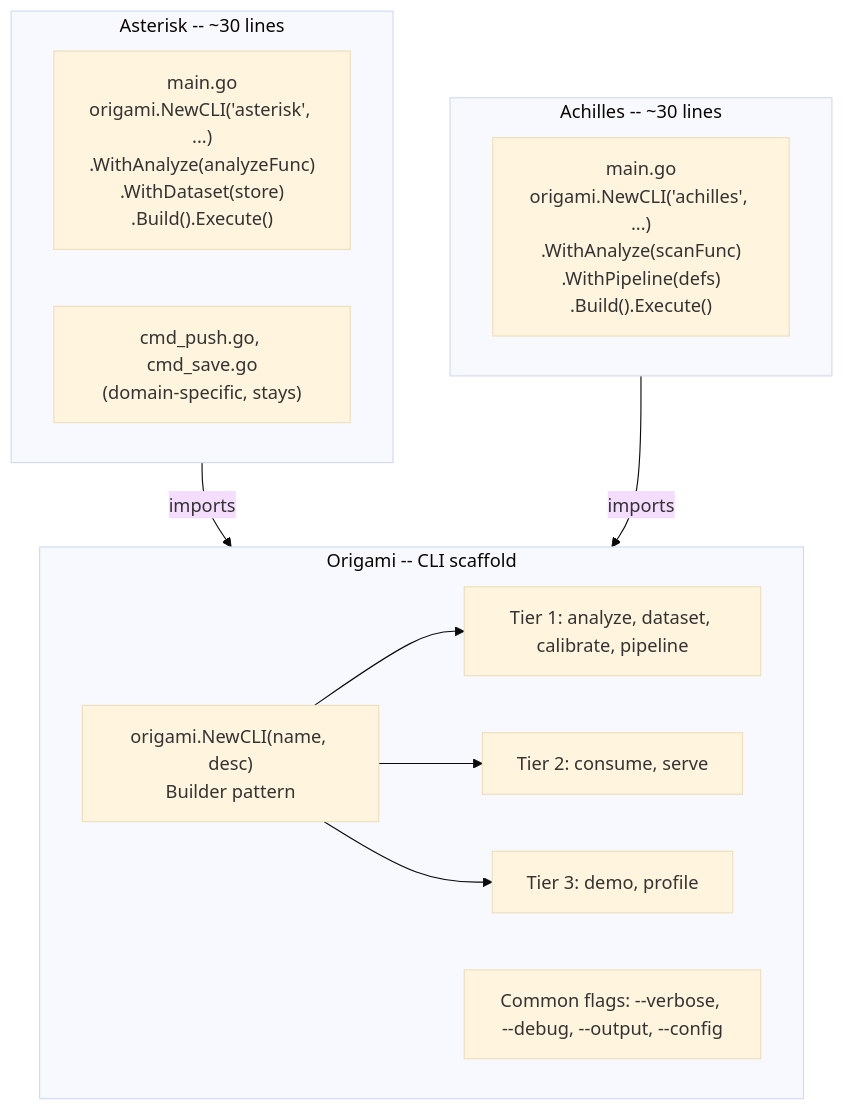
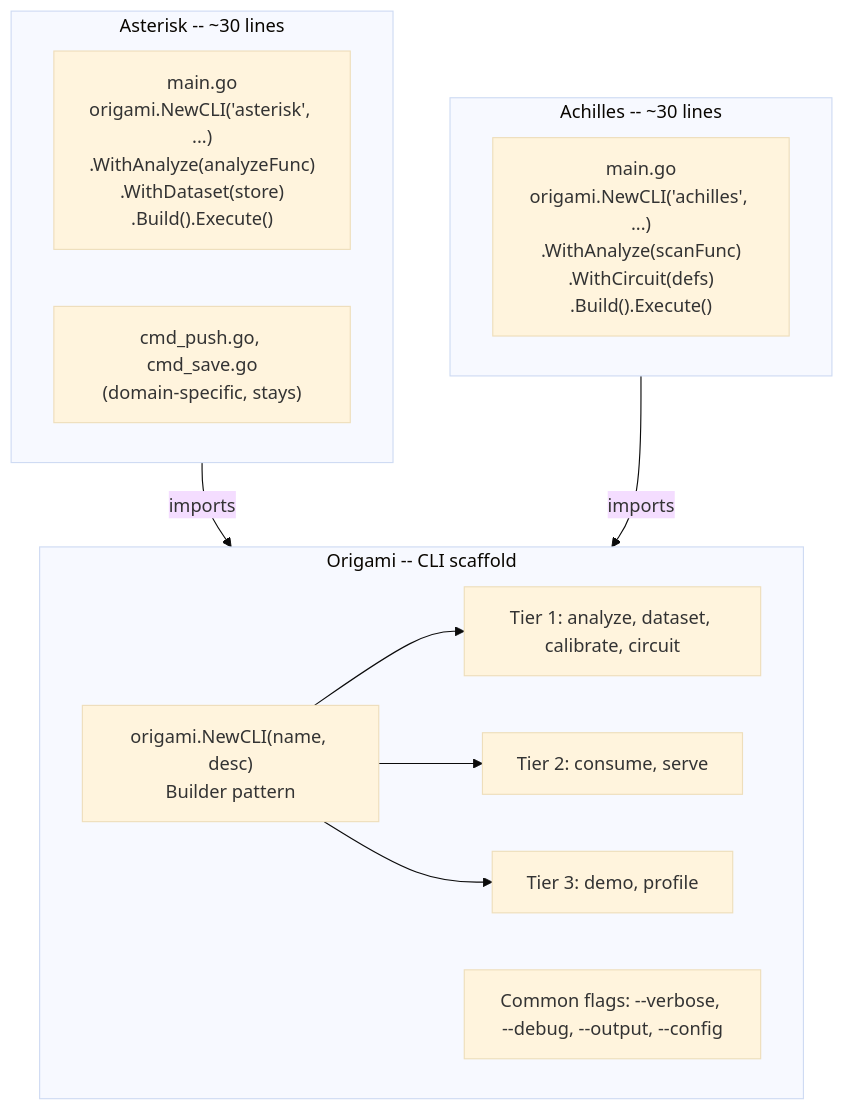
The second of 2 diagrams in .cursor/contracts/completed/framework/consumer-cli-scaffold.md (dpopsuev/origami), drawn with Mermaid (base theme) before and after one commit. The commit also changed other lines of this file and 315 other files, not shown here.

````diff
--- a/.cursor/contracts/completed/framework/consumer-cli-scaffold.md
+++ b/.cursor/contracts/completed/framework/consumer-cli-scaffold.md
@@ -57,23 +57,23 @@
 ```mermaid
 flowchart TB
     subgraph origami [Origami -- CLI scaffold]
         Builder["origami.NewCLI(name, desc)\nBuilder pattern"]
-        T1["Tier 1: analyze, dataset, calibrate, pipeline"]
+        T1["Tier 1: analyze, dataset, calibrate, circuit"]
         T2["Tier 2: consume, serve"]
         T3["Tier 3: demo, profile"]
         Flags["Common flags: --verbose, --debug, --output, --config"]
     end
 
     subgraph asterisk2 [Asterisk -- ~30 lines]
         main_a["main.go\norigami.NewCLI('asterisk', ...)\n.WithAnalyze(analyzeFunc)\n.WithDataset(store)\n.Build().Execute()"]
         domain_a["cmd_push.go, cmd_save.go\n(domain-specific, stays)"]
     end
 
     subgraph achilles2 [Achilles -- ~30 lines]
-        main_b["main.go\norigami.NewCLI('achilles', ...)\n.WithAnalyze(scanFunc)\n.WithPipeline(defs)\n.Build().Execute()"]
+        main_b["main.go\norigami.NewCLI('achilles', ...)\n.WithAnalyze(scanFunc)\n.WithCircuit(defs)\n.Build().Execute()"]
     end
 
     Builder --> T1 & T2 & T3
     asterisk2 -->|"imports"| origami
     achilles2 -->|"imports"| origami
 ```
````
